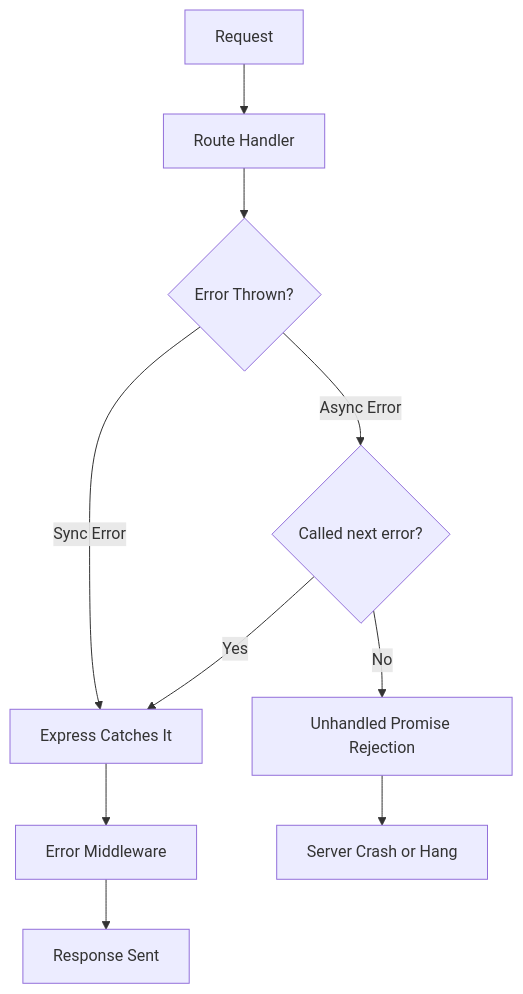
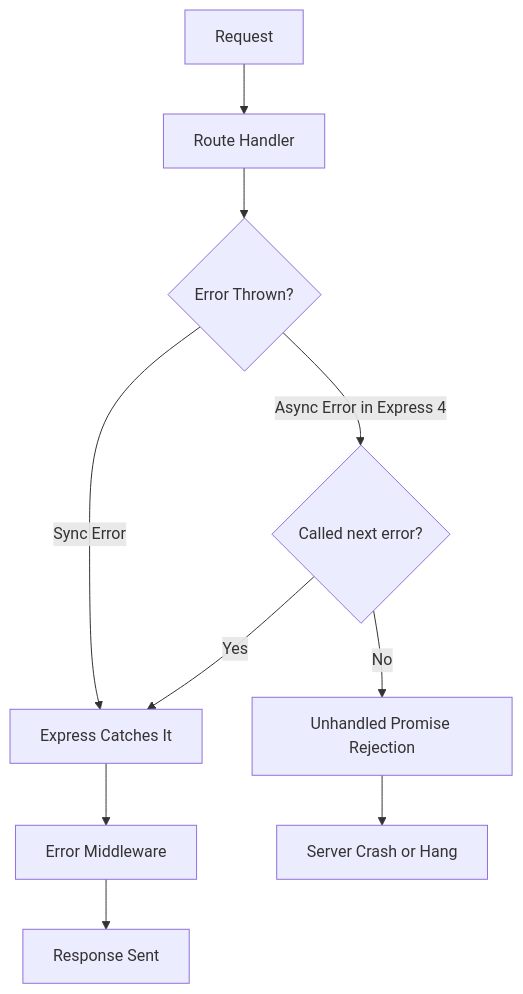
The first of 3 diagrams in posts/2026-01-26-express-error-handling/README.md (OneUptime/blog), drawn with Mermaid before and after one commit. The commit also changed other lines of this file and 2 other files, not shown here.

Commit message:
validate: 2026-01-26-express-error-handling

````diff
--- a/posts/2026-01-26-express-error-handling/README.md
+++ b/posts/2026-01-26-express-error-handling/README.md
@@ -17,12 +17,12 @@
 ```mermaid
 flowchart TD
     A[Request] --> B[Route Handler]
     B --> C{Error Thrown?}
     C -->|Sync Error| D[Express Catches It]
-    C -->|Async Error| E{Called next error?}
+    C -->|Async Error in Express 4| E{Called next error?}
     E -->|No| F[Unhandled Promise Rejection]
     E -->|Yes| D
     D --> G[Error Middleware]
     G --> H[Response Sent]
     F --> I[Server Crash or Hang]
 ```
````
